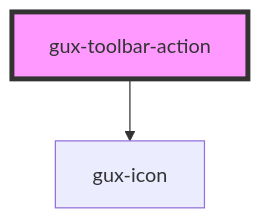
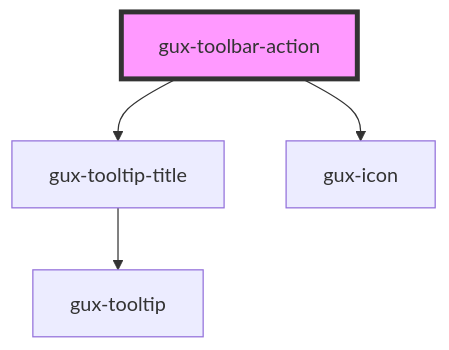
The diagram in src/components/beta/gux-toolbar/gux-toolbar-action/readme.md (ouyuxuan/genesys-webcomponents), drawn with Mermaid before and after one commit. The commit also changed other lines of this file and 3 other files, not shown here.

First line of the commit message:
feat(toolbar): addition of tooltip-title

````diff
--- a/src/components/beta/gux-toolbar/gux-toolbar-action/readme.md
+++ b/src/components/beta/gux-toolbar/gux-toolbar-action/readme.md
@@ -56,5 +57,7 @@
 ```mermaid
 graph TD;
+  gux-toolbar-action --> gux-tooltip-title
   gux-toolbar-action --> gux-icon
+  gux-tooltip-title --> gux-tooltip
   style gux-toolbar-action fill:#f9f,stroke:#333,stroke-width:4px
 ```
````
